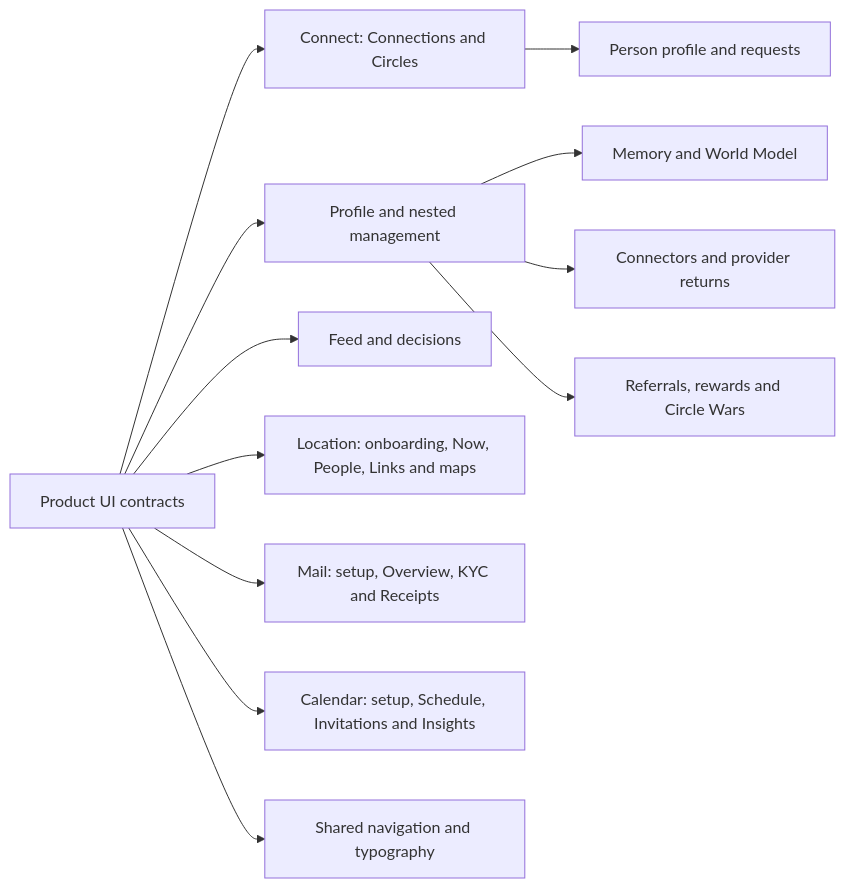
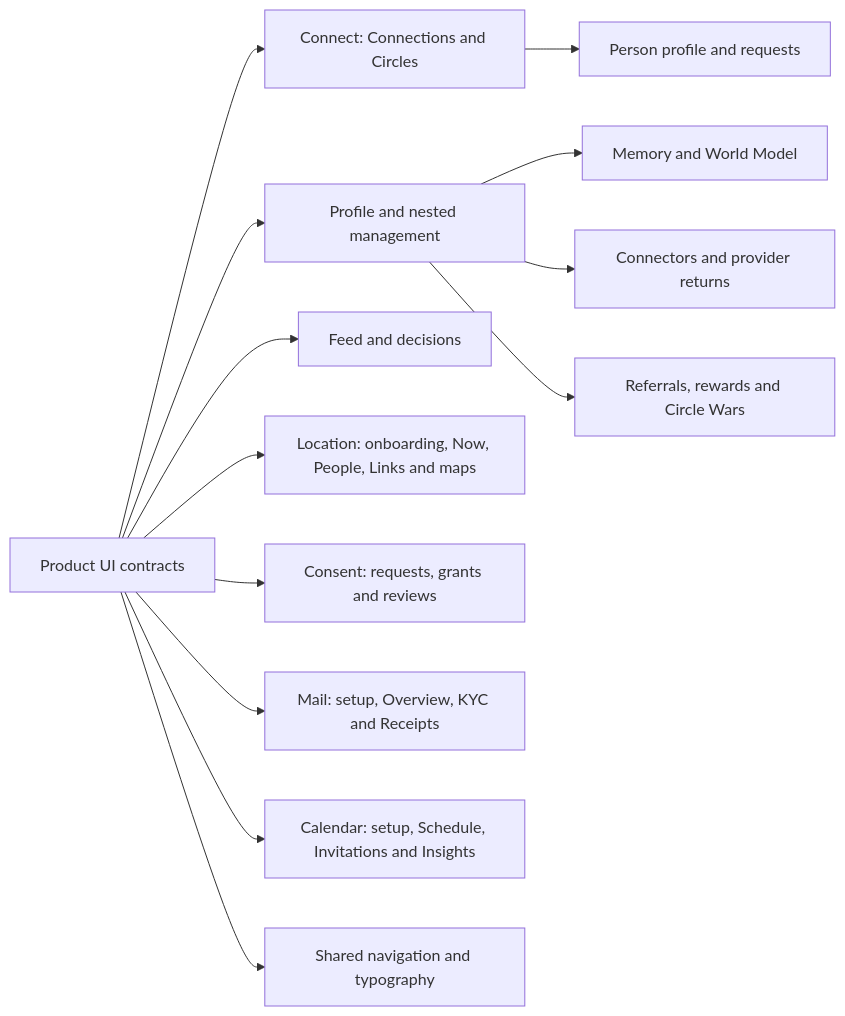
One commit to hushh-labs/hushh-research changed the diagram in hushh-webapp/docs/ui-contracts/README.md. Above: the diagram before and after it, drawn with Mermaid. The commit also changed other lines of this file and 72 other files, not shown here.

````diff
--- a/hushh-webapp/docs/ui-contracts/README.md
+++ b/hushh-webapp/docs/ui-contracts/README.md
@@ -5,14 +5,15 @@
 ```mermaid
 flowchart LR
   index["Product UI contracts"] --> connect["Connect: Connections and Circles"]
   index --> profile["Profile and nested management"]
   index --> feed["Feed and decisions"]
   index --> location["Location: onboarding, Now, People, Links and maps"]
+  index --> consent["Consent: requests, grants and reviews"]
   index --> mail["Mail: setup, Overview, KYC and Receipts"]
   index --> calendar["Calendar: setup, Schedule, Invitations and Insights"]
   index --> nav["Shared navigation and typography"]
   connect --> person["Person profile and requests"]
   profile --> memory["Memory and World Model"]
   profile --> connectors["Connectors and provider returns"]
   profile --> referrals["Referrals, rewards and Circle Wars"]
 ```
````
